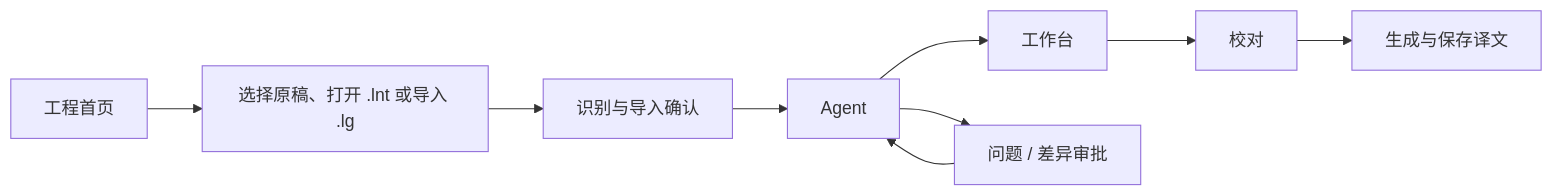
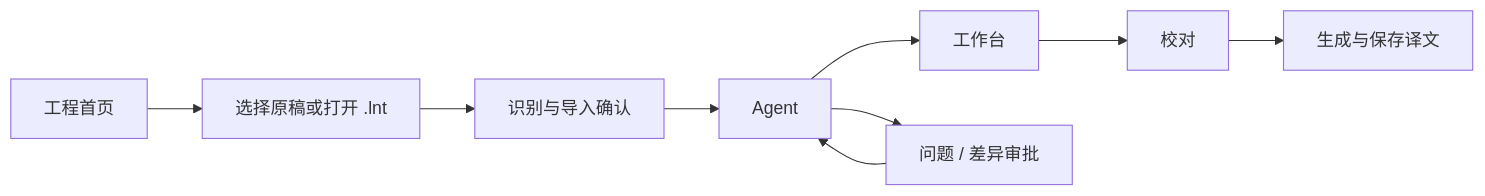
One commit to breakyuna/LightNovelTranslator changed the diagram in docs/plans/2026-10-22-native-lg-rebuild/UI_SPEC.md. Above: the diagram before and after it, drawn with Mermaid. The commit also changed other lines of this file and 143 other files, not shown here.

````diff
--- a/docs/plans/2026-10-22-native-lg-rebuild/UI_SPEC.md
+++ b/docs/plans/2026-10-22-native-lg-rebuild/UI_SPEC.md
@@ -17,11 +15,11 @@
 ```mermaid
 flowchart LR
-    Home[工程首页] --> Import[选择原稿、打开 .lnt 或导入 .lg]
+    Home[工程首页] --> Import[选择原稿或打开 .lnt]
     Import --> Review[识别与导入确认]
     Review --> Agent[Agent]
     Agent --> Workbench[工作台]
     Workbench --> Proof[校对]
     Proof --> Export[生成与保存译文]
     Agent --> Decision[问题 / 差异审批]
     Decision --> Agent
 ```
````
